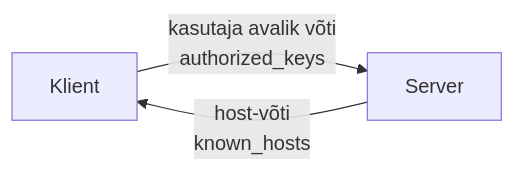
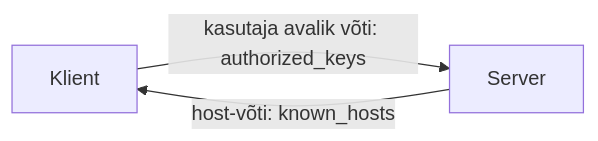
The fifth of 5 diagrams in 4_ssh_github.md (mariahkhk/vscode_course), drawn with Mermaid before and after one commit. The commit also changed other lines of this file, not shown here.

````diff
--- a/4_ssh_github.md
+++ b/4_ssh_github.md
@@ -192,5 +161,5 @@
 ```mermaid
 graph LR
-    K[Klient] -->|kasutaja avalik võti<br/>authorized_keys| S[Server]
-    S -->|host-võti<br/>known_hosts| K
+    K[Klient] -->|kasutaja avalik võti: authorized_keys| S[Server]
+    S -->|host-võti: known_hosts| K
 ```
````
